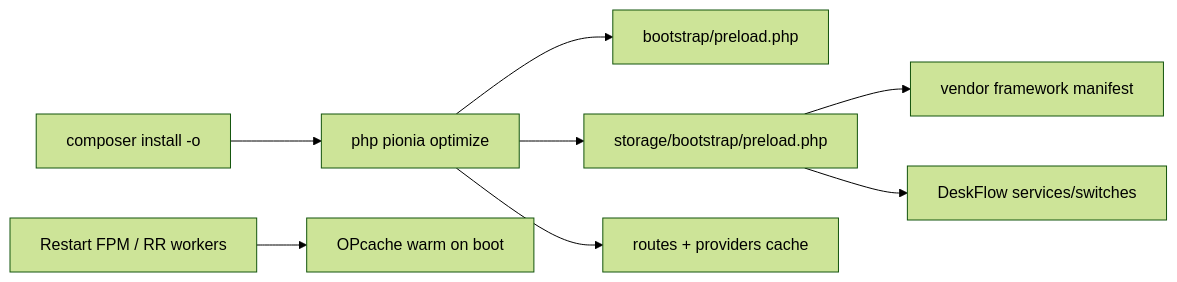
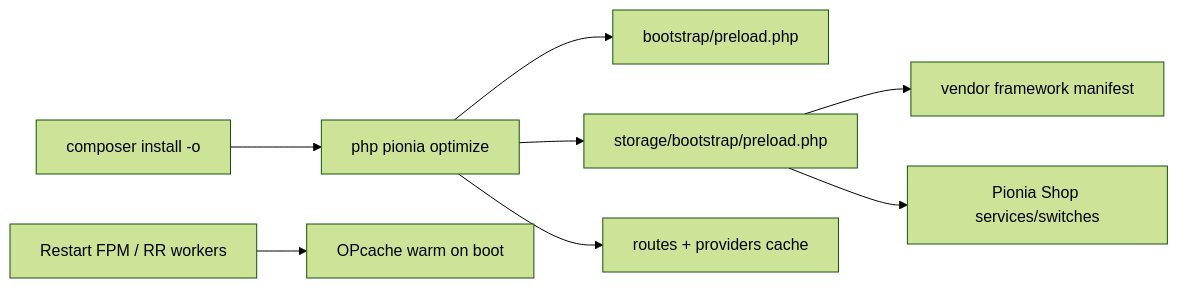
Before and after one commit to PioniaPHP-project/pionia-docs: the diagram in content/docs/documentation/operations/production-performance.md, drawn with Mermaid (forest theme). The commit also changed other lines of this file and 268 other files, not shown here.

```diff
--- a/content/docs/documentation/operations/production-performance.md
+++ b/content/docs/documentation/operations/production-performance.md
@@ -34,10 +34,10 @@
 {{< mermaid >}}
 flowchart LR
   Install[composer install -o] --> Optimize[php pionia optimize]
   Optimize --> Scaffold["bootstrap/preload.php"]
   Optimize --> Gen["storage/bootstrap/preload.php"]
   Optimize --> Cache[routes + providers cache]
   Gen --> FW[vendor framework manifest]
-  Gen --> App["DeskFlow services/switches"]
+  Gen --> App["Pionia Shop services/switches"]
   Restart["Restart FPM / RR workers"] --> Warm[OPcache warm on boot]
 {{< /mermaid >}}
```
